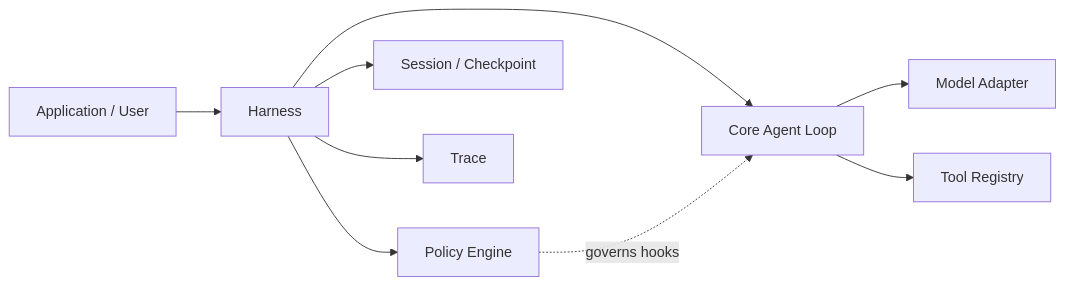
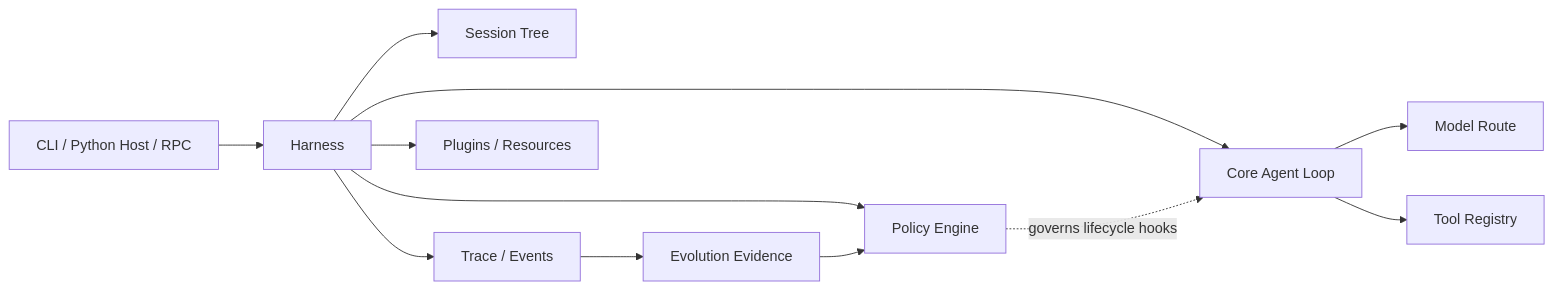
One commit to WeiSuanDi/EvoPi changed the diagram in README.md. Above: the diagram before and after it, drawn with Mermaid. The commit also changed other lines of this file and 6 other files, not shown here.

````diff
--- a/README.md
+++ b/README.md
@@ -24,11 +53,14 @@
 ```mermaid
 flowchart LR
-    U["Application / User"] --> H["Harness"]
+    U["CLI / Python Host / RPC"] --> H["Harness"]
     H --> C["Core Agent Loop"]
-    C --> M["Model Adapter"]
+    C --> M["Model Route"]
     C --> T["Tool Registry"]
     H --> P["Policy Engine"]
-    H --> S["Session / Checkpoint"]
-    H --> X["Trace"]
-    P -. "governs hooks" .-> C
+    H --> S["Session Tree"]
+    H --> X["Trace / Events"]
+    H --> G["Plugins / Resources"]
+    X --> E["Evolution Evidence"]
+    E --> P
+    P -. "governs lifecycle hooks" .-> C
 ```
````
